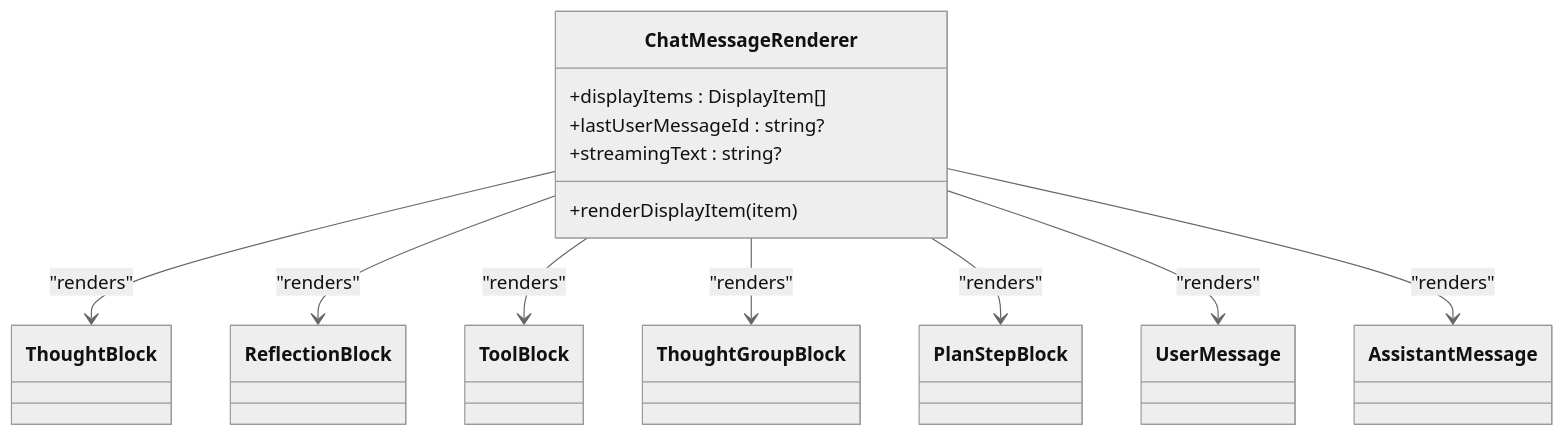
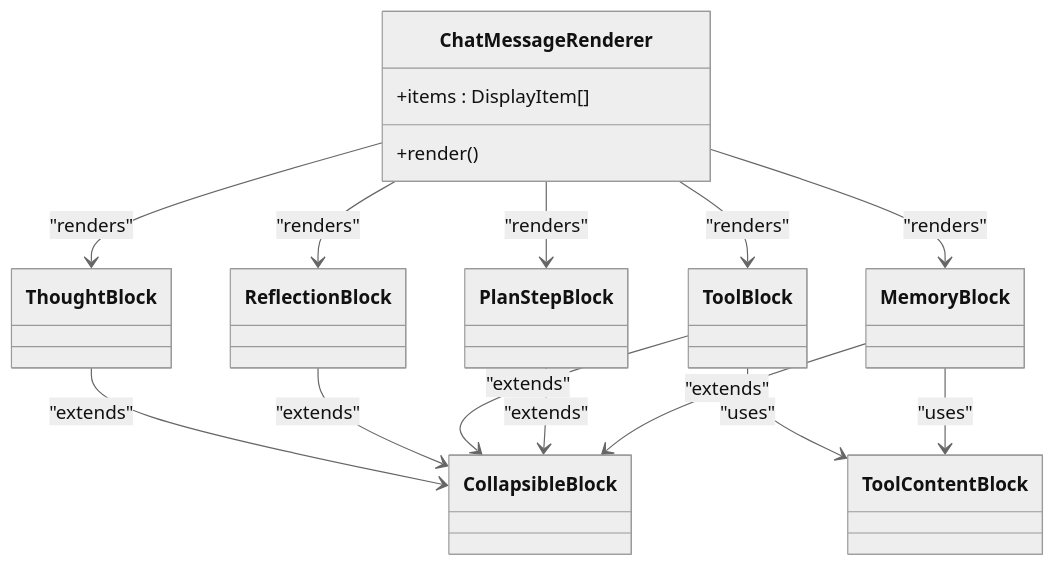
The tenth of 15 diagrams in .qoder/repowiki/en/content/Frontend Application/UI Components/Chat Interface Components.md (v0lka/c0wrk), drawn with Mermaid (neutral theme) before and after one commit. The commit also changed other lines of this file and 13 other files, not shown here.

````diff
--- a/.qoder/repowiki/en/content/Frontend Application/UI Components/Chat Interface Components.md
+++ b/.qoder/repowiki/en/content/Frontend Application/UI Components/Chat Interface Components.md
@@ -320,23 +446,26 @@
 ```mermaid
 classDiagram
 class ChatMessageRenderer {
-+displayItems : DisplayItem[]
-+lastUserMessageId : string?
-+streamingText : string?
-+renderDisplayItem(item)
++items : DisplayItem[]
++render()
 }
 class ThoughtBlock
 class ReflectionBlock
 class ToolBlock
-class ThoughtGroupBlock
 class PlanStepBlock
-class UserMessage
-class AssistantMessage
+class MemoryBlock
+class CollapsibleBlock
+class ToolContentBlock
 ChatMessageRenderer --> ThoughtBlock : "renders"
 ChatMessageRenderer --> ReflectionBlock : "renders"
 ChatMessageRenderer --> ToolBlock : "renders"
-ChatMessageRenderer --> ThoughtGroupBlock : "renders"
 ChatMessageRenderer --> PlanStepBlock : "renders"
-ChatMessageRenderer --> UserMessage : "renders"
-ChatMessageRenderer --> AssistantMessage : "renders"
+ChatMessageRenderer --> MemoryBlock : "renders"
+ThoughtBlock --> CollapsibleBlock : "extends"
+ReflectionBlock --> CollapsibleBlock : "extends"
+ToolBlock --> CollapsibleBlock : "extends"
+PlanStepBlock --> CollapsibleBlock : "extends"
+ToolBlock --> ToolContentBlock : "uses"
+MemoryBlock --> CollapsibleBlock : "extends"
+MemoryBlock --> ToolContentBlock : "uses"
 ```
````
